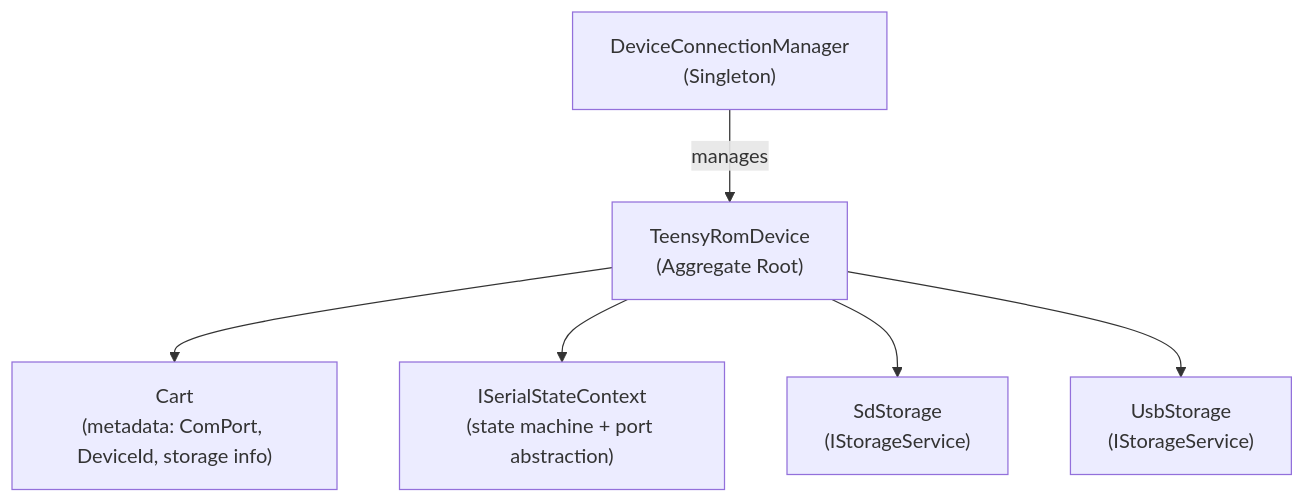
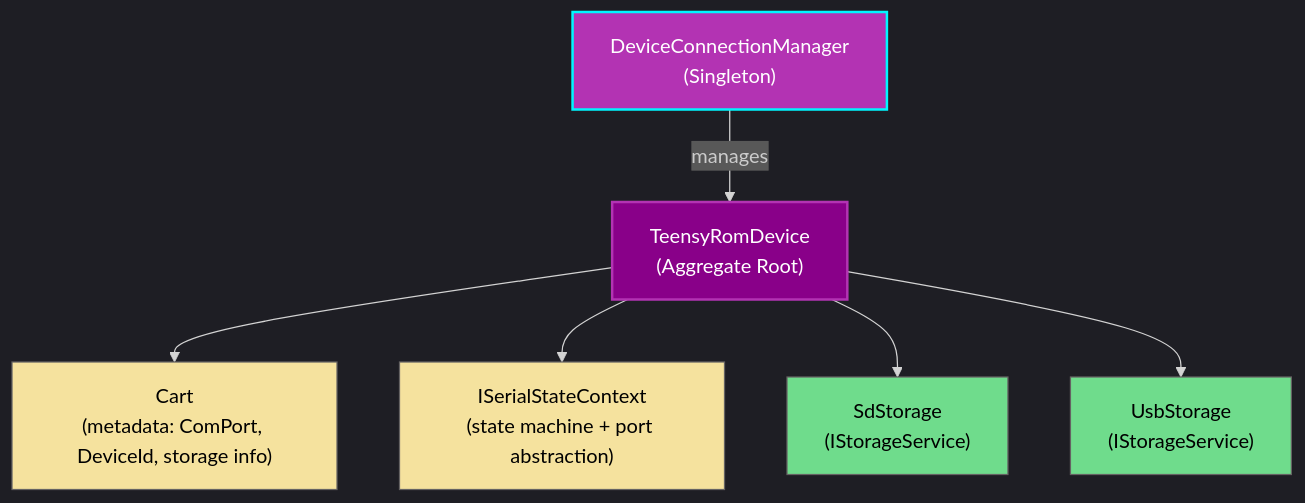
Before and after one commit to MetalHexx/TeensyROM-Web: the first of 3 diagrams in src/docs/projects/tcp/TCP_BRAINSTORMING.md, drawn with Mermaid. The commit also changed other lines of this file and 2 other files, not shown here.

````diff
--- a/src/docs/projects/tcp/TCP_BRAINSTORMING.md
+++ b/src/docs/projects/tcp/TCP_BRAINSTORMING.md
@@ -19,15 +19,23 @@
 ```mermaid
+%%{init: {'theme': 'dark', 'primaryColor': '#890089', 'primaryBorderColor': '#b333b3', 'primaryTextColor': '#fff', 'secondaryColor': '#00f7ff', 'tertiaryColor': '#6fdc8c', 'lineColor': '#656363', 'tertiaryTextColor': '#000'}}%%
 graph TD
     DCM["DeviceConnectionManager<br/>(Singleton)"]
     TRD["TeensyRomDevice<br/>(Aggregate Root)"]
     Cart["Cart<br/>(metadata: ComPort, DeviceId, storage info)"]
     ISC["ISerialStateContext<br/>(state machine + port abstraction)"]
     SDS["SdStorage<br/>(IStorageService)"]
     USB["UsbStorage<br/>(IStorageService)"]
     
     DCM -->|manages| TRD
     TRD --> Cart
     TRD --> ISC
     TRD --> SDS
     TRD --> USB
+    
+    style DCM fill:#b333b3,stroke:#00f7ff,stroke-width:2px,color:#fff
+    style TRD fill:#890089,stroke:#b333b3,stroke-width:2px,color:#fff
+    style Cart fill:#f5e29e,stroke:#656363,stroke-width:1px,color:#000
+    style ISC fill:#f5e29e,stroke:#656363,stroke-width:1px,color:#000
+    style SDS fill:#6fdc8c,stroke:#656363,stroke-width:1px,color:#000
+    style USB fill:#6fdc8c,stroke:#656363,stroke-width:1px,color:#000
 ```
````
